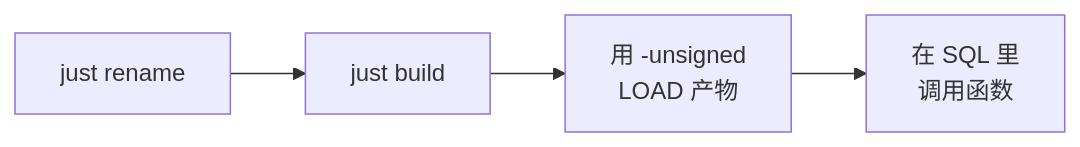
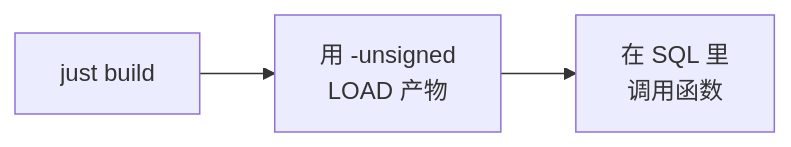
The diagram in docs/i18n/zh-Hans/docusaurus-plugin-content-docs/current/getting-started/quick-start.md (shijianjs/duckfn-statrs), drawn with Mermaid before and after one commit. The commit also changed other lines of this file and 35 other files, not shown here.

````diff
--- a/docs/i18n/zh-Hans/docusaurus-plugin-content-docs/current/getting-started/quick-start.md
+++ b/docs/i18n/zh-Hans/docusaurus-plugin-content-docs/current/getting-started/quick-start.md
@@ -11,6 +11,5 @@
 ```mermaid
 flowchart LR
-    rename["just rename"] --> build["just build"]
-    build --> load["用 -unsigned<br/>LOAD 产物"]
+    build["just build"] --> load["用 -unsigned<br/>LOAD 产物"]
     load --> call["在 SQL 里<br/>调用函数"]
 ```
````
